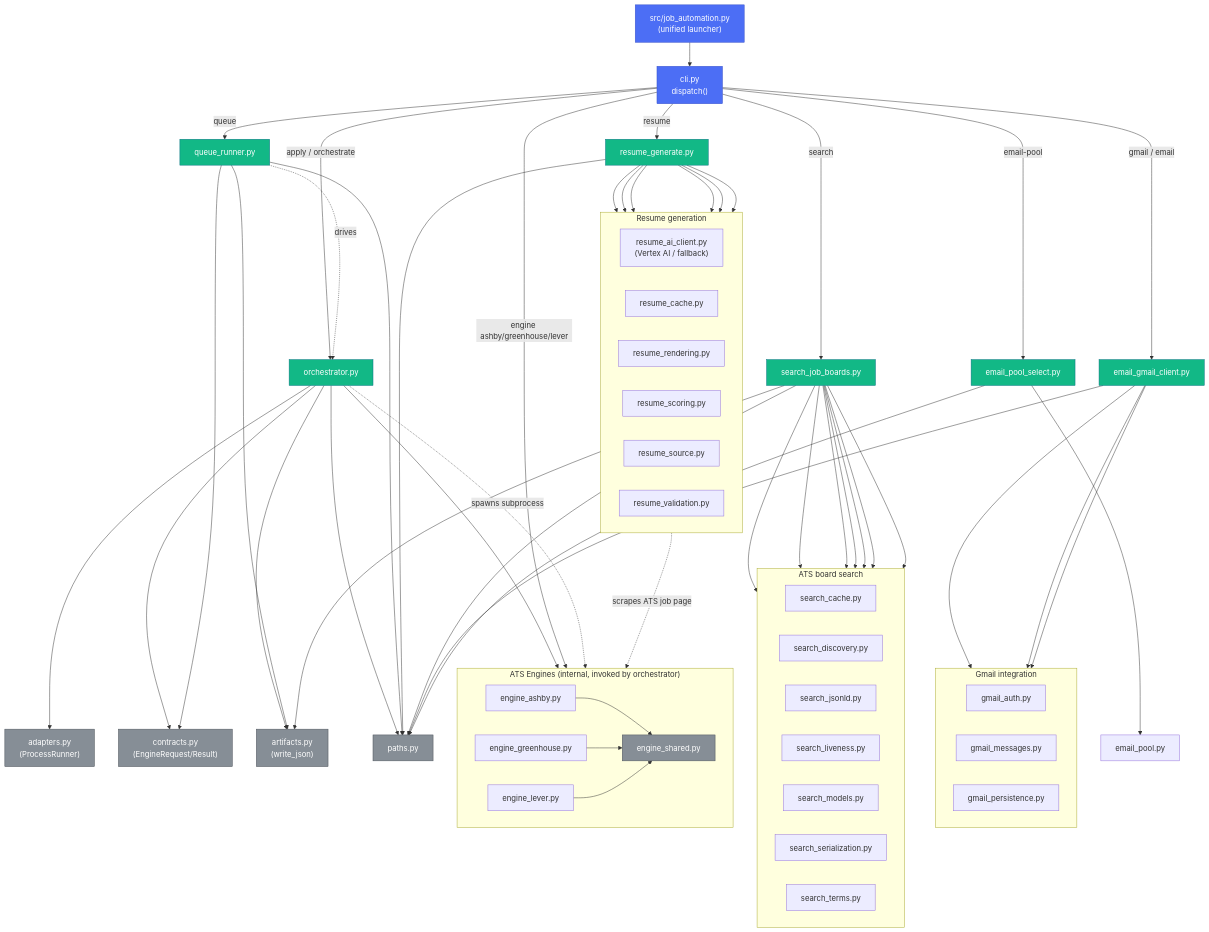
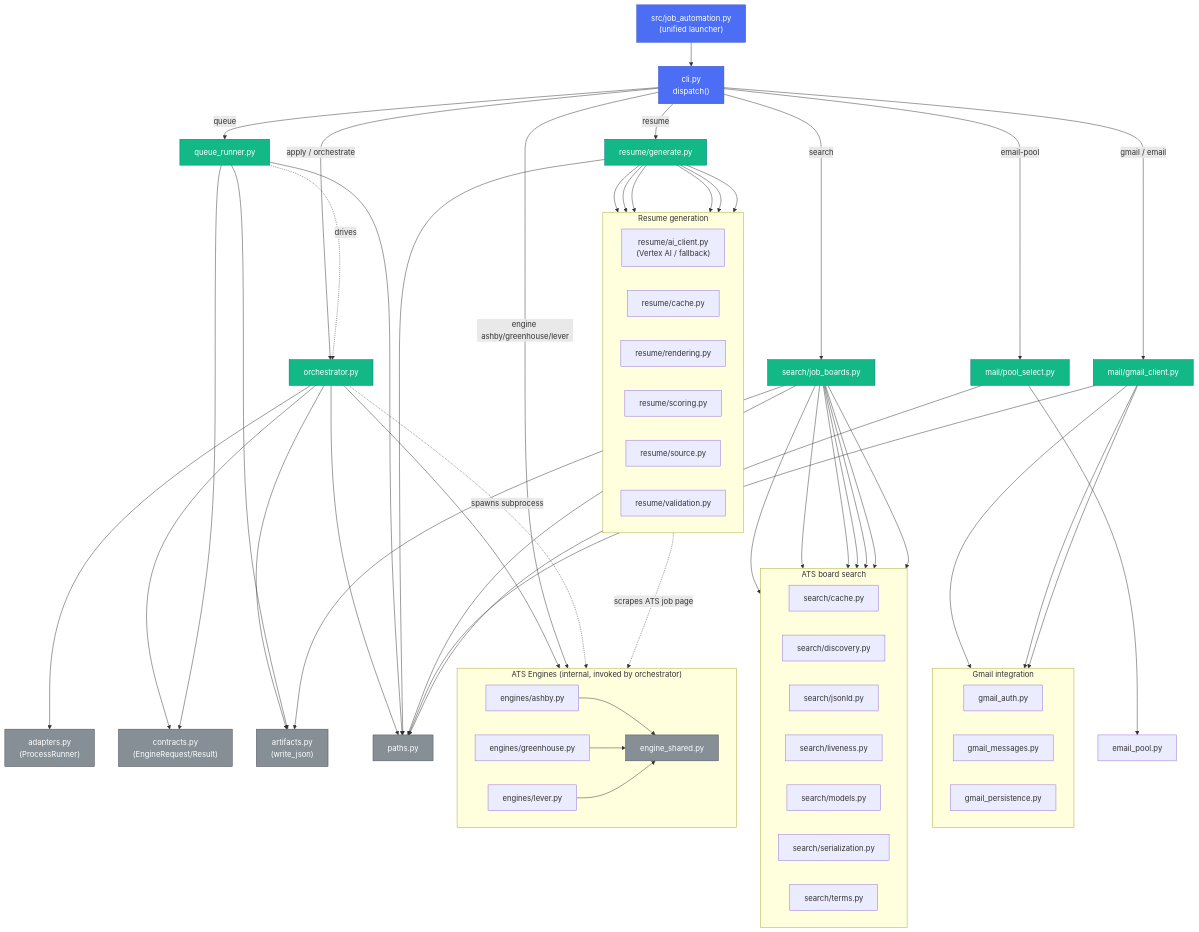
The diagram in architecture.mmd (beastofbayarea/Job-App-Automation), drawn with Mermaid before and after one commit. The commit also changed 1 other file, not shown here.

Commit message:
docs: align README and architecture with current workflows
Document verified setup, local configuration, search, resume, application, live queue, Gmail, and engine diagnostic commands. Clarify dry-run and queue submission safeguards, output artifacts, and test constraints. Update Mermaid labels to the package paths introduced by the module refactor.

```diff
--- a/architecture.mmd
+++ b/architecture.mmd
@@ -1,96 +1,96 @@
 ---
 id: 4ada505a-13e1-49eb-bb3f-839b104ab891
 ---
 flowchart TD
     Entry["src/job_automation.py<br/>(unified launcher)"] --> CLI["cli.py<br/>dispatch()"]
 
     CLI -->|apply / orchestrate| Orchestrator["orchestrator.py"]
     CLI -->|queue| Queue["queue_runner.py"]
-    CLI -->|resume| Resume["resume_generate.py"]
-    CLI -->|search| Search["search_job_boards.py"]
-    CLI -->|gmail / email| Gmail["email_gmail_client.py"]
-    CLI -->|email-pool| EmailPool["email_pool_select.py"]
+    CLI -->|resume| Resume["resume/generate.py"]
+    CLI -->|search| Search["search/job_boards.py"]
+    CLI -->|gmail / email| Gmail["mail/gmail_client.py"]
+    CLI -->|email-pool| EmailPool["mail/pool_select.py"]
     CLI -->|engine ashby/greenhouse/lever| Engines
 
     subgraph Engines["ATS Engines (internal, invoked by orchestrator)"]
         direction LR
-        EngAshby["engine_ashby.py"]
-        EngGreenhouse["engine_greenhouse.py"]
-        EngLever["engine_lever.py"]
+        EngAshby["engines/ashby.py"]
+        EngGreenhouse["engines/greenhouse.py"]
+        EngLever["engines/lever.py"]
         EngShared["engine_shared.py"]
         EngAshby --> EngShared
         EngGreenhouse --> EngShared
         EngLever --> EngShared
     end
 
     Orchestrator --> EngShared
     Orchestrator --> Adapters["adapters.py<br/>(ProcessRunner)"]
     Orchestrator --> Contracts["contracts.py<br/>(EngineRequest/Result)"]
     Orchestrator --> Artifacts["artifacts.py<br/>(write_json)"]
     Orchestrator --> Paths["paths.py"]
     Orchestrator -.spawns subprocess.-> Engines
 
     Queue --> Artifacts
     Queue --> Contracts
     Queue --> Paths
     Queue -.drives.-> Orchestrator
 
     subgraph ResumePipeline["Resume generation"]
         direction LR
-        ResumeAI["resume_ai_client.py<br/>(Vertex AI / fallback)"]
-        ResumeCache["resume_cache.py"]
-        ResumeRender["resume_rendering.py"]
-        ResumeScore["resume_scoring.py"]
-        ResumeSrc["resume_source.py"]
-        ResumeValid["resume_validation.py"]
+        ResumeAI["resume/ai_client.py<br/>(Vertex AI / fallback)"]
+        ResumeCache["resume/cache.py"]
+        ResumeRender["resume/rendering.py"]
+        ResumeScore["resume/scoring.py"]
+        ResumeSrc["resume/source.py"]
+        ResumeValid["resume/validation.py"]
     end
     Resume --> ResumeAI
     Resume --> ResumeCache
     Resume --> ResumeRender
     Resume --> ResumeScore
     Resume --> ResumeSrc
     Resume --> ResumeValid
     Resume --> Paths
 
     subgraph SearchPipeline["ATS board search"]
         direction LR
-        SearchCache["search_cache.py"]
-        SearchDiscovery["search_discovery.py"]
-        SearchJsonld["search_jsonld.py"]
-        SearchLiveness["search_liveness.py"]
-        SearchModels["search_models.py"]
-        SearchSerial["search_serialization.py"]
-        SearchTerms["search_terms.py"]
+        SearchCache["search/cache.py"]
+        SearchDiscovery["search/discovery.py"]
+        SearchJsonld["search/jsonld.py"]
+        SearchLiveness["search/liveness.py"]
+        SearchModels["search/models.py"]
+        SearchSerial["search/serialization.py"]
+        SearchTerms["search/terms.py"]
     end
     Search --> SearchCache
     Search --> SearchDiscovery
     Search --> SearchJsonld
     Search --> SearchLiveness
     Search --> SearchModels
     Search --> SearchSerial
     Search --> SearchTerms
     Search --> Artifacts
     Search --> Paths
 
     subgraph GmailPipeline["Gmail integration"]
         direction LR
         GmailAuth["gmail_auth.py"]
         GmailMsgs["gmail_messages.py"]
         GmailPersist["gmail_persistence.py"]
     end
     Gmail --> GmailAuth
     Gmail --> GmailMsgs
     Gmail --> GmailPersist
     Gmail --> Paths
 
     EmailPool --> EmailPoolLib["email_pool.py"]
     EmailPool --> Paths
 
     ResumeAI -.scrapes ATS job page.-> Engines
 
     classDef entry fill:#4c6ef5,color:#fff,stroke:#364fc7;
     classDef shared fill:#868e96,color:#fff,stroke:#495057;
     classDef pipeline fill:#12b886,color:#fff,stroke:#0b7285;
     class Entry,CLI entry;
     class Adapters,Contracts,Artifacts,Paths,EngShared shared;
     class Orchestrator,Queue,Resume,Search,Gmail,EmailPool pipeline;
```
